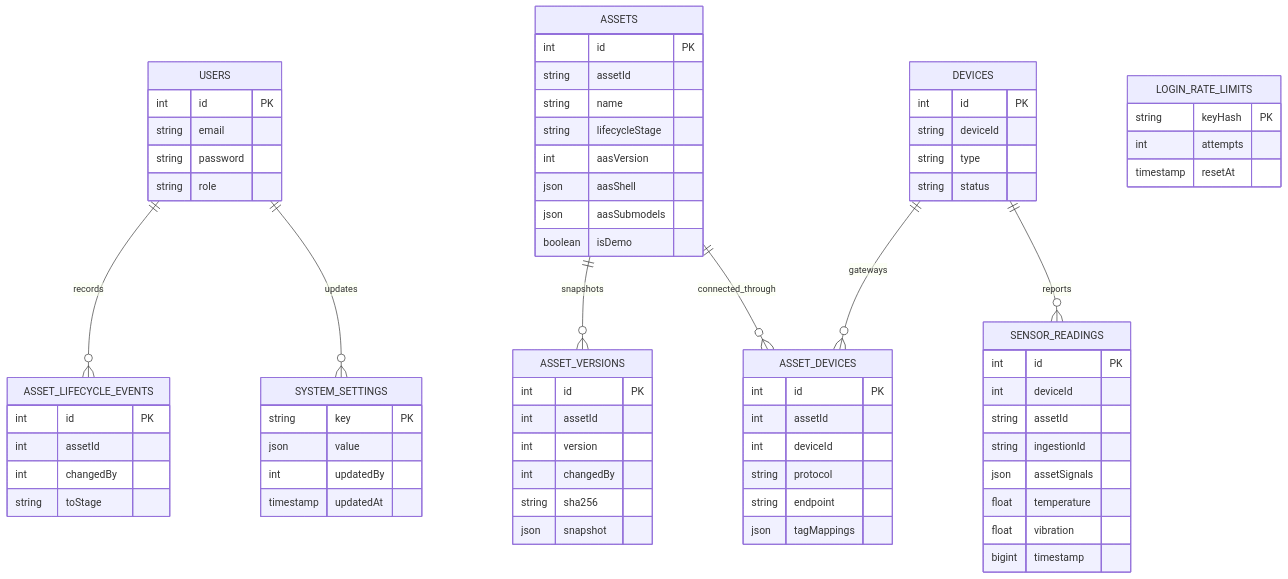
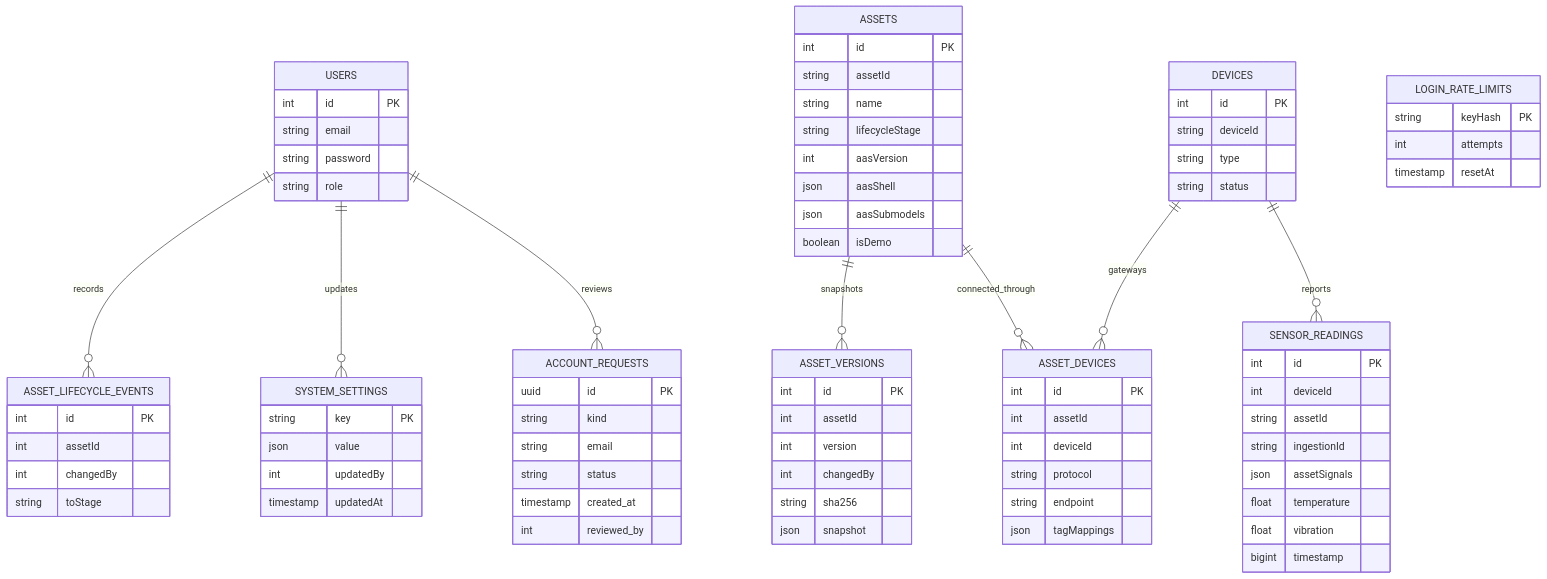
Before and after one commit to DruHustle/smart-factory: the first of 3 diagrams in docs/database-schema.md, drawn with Mermaid. The commit also changed other lines of this file and 58 other files, not shown here.

Commit message:
Add Pi bench floor and administrator-reviewed account requests

```diff
--- a/docs/database-schema.md
+++ b/docs/database-schema.md
@@ -6,6 +6,7 @@
 erDiagram
   USERS ||--o{ ASSET_LIFECYCLE_EVENTS : records
   USERS ||--o{ SYSTEM_SETTINGS : updates
+  USERS ||--o{ ACCOUNT_REQUESTS : reviews
   ASSETS ||--o{ ASSET_VERSIONS : snapshots
   ASSETS ||--o{ ASSET_DEVICES : connected_through
   DEVICES ||--o{ ASSET_DEVICES : gateways
@@ -15,6 +16,14 @@
     string email
     string password
     string role
+  }
+  ACCOUNT_REQUESTS {
+    uuid id PK
+    string kind
+    string email
+    string status
+    timestamp created_at
+    int reviewed_by
   }
   SYSTEM_SETTINGS {
     string key PK
```
